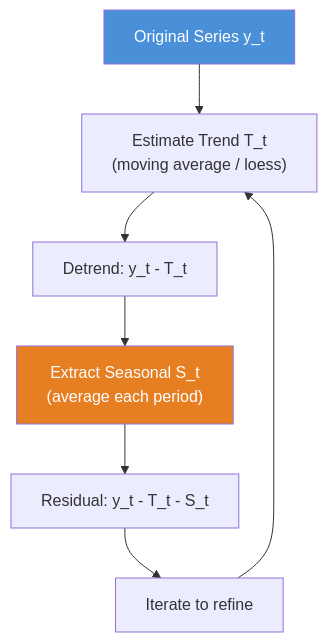
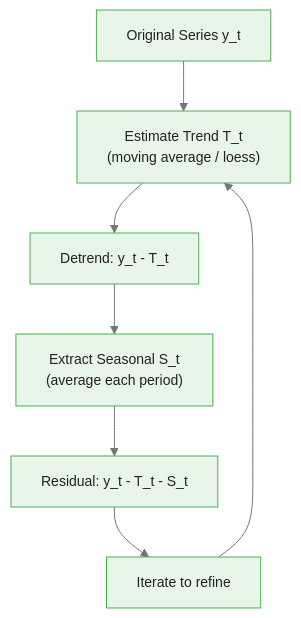
One commit to m-deane/course-creator changed the first of 4 diagrams in courses/bayesian-commodity-forecasting/modules/module_02_commodity_data/guides/02_seasonality_analysis_slides.md. Above: the diagram before and after it, drawn with Mermaid. The commit also changed other lines of this file and 104 other files, not shown here.

````diff
--- a/courses/bayesian-commodity-forecasting/modules/module_02_commodity_data/guides/02_seasonality_analysis_slides.md
+++ b/courses/bayesian-commodity-forecasting/modules/module_02_commodity_data/guides/02_seasonality_analysis_slides.md
@@ -46,11 +54,10 @@
 ```mermaid
+%%{init: {"theme": "base", "themeVariables": {"primaryColor": "#e8f5e9", "primaryBorderColor": "#4caf50", "primaryTextColor": "#212121", "secondaryColor": "#e3f2fd", "tertiaryColor": "#fff8e1", "lineColor": "#757575", "fontFamily": "Inter, sans-serif", "fontSize": "14px"}}}%%
 flowchart TD
     Y["Original Series y_t"] --> T["Estimate Trend T_t\n(moving average / loess)"]
     T --> DT["Detrend: y_t - T_t"]
     DT --> S["Extract Seasonal S_t\n(average each period)"]
     S --> R["Residual: y_t - T_t - S_t"]
     R --> ITER["Iterate to refine"]
     ITER --> T
-    style Y fill:#4a90d9,color:#fff
-    style S fill:#e67e22,color:#fff
 ```
````
